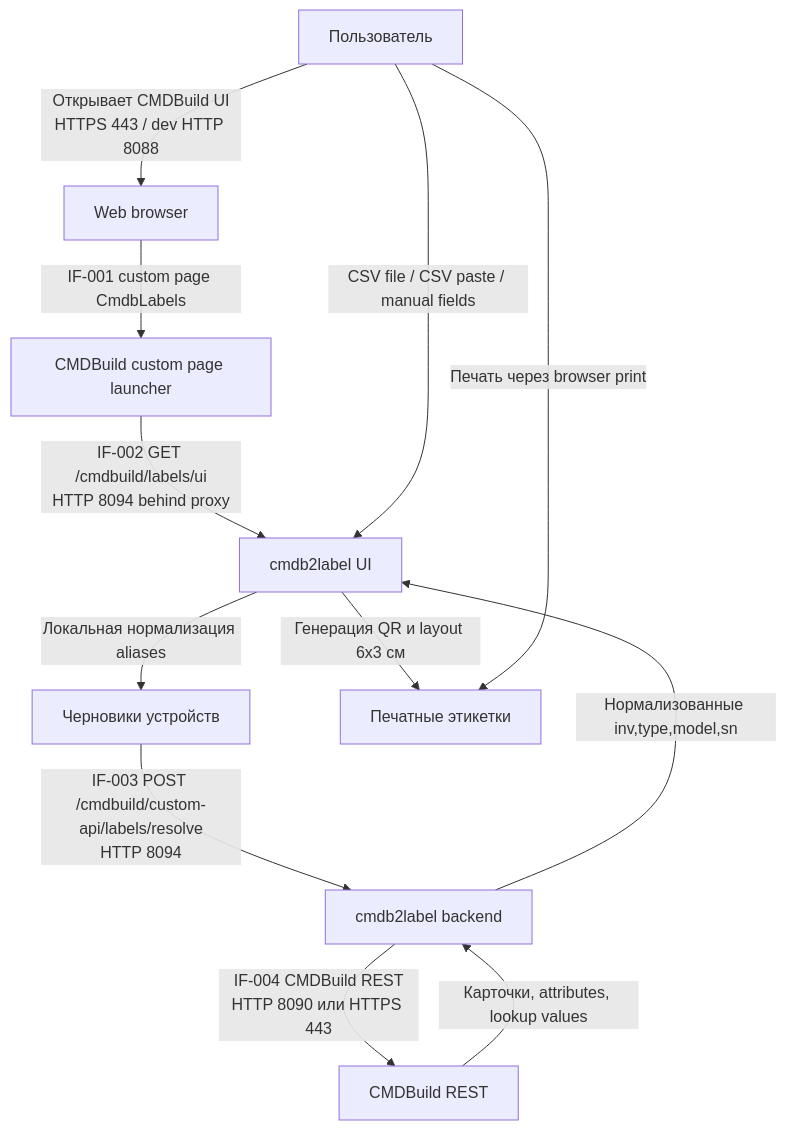
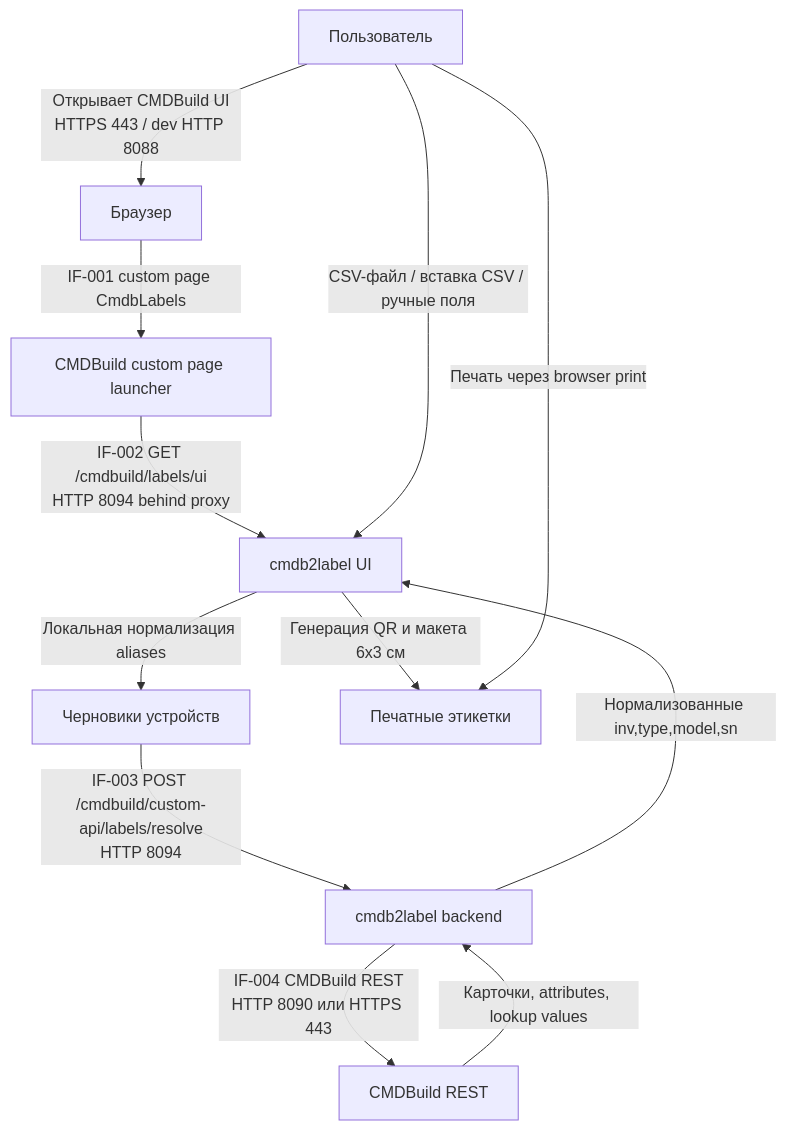
Before and after one commit to igorlyapin-max/cmdb2label: the diagram in aa/business-processes.md, drawn with Mermaid. The commit also changed other lines of this file and 11 other files, not shown here.

Commit message:
docs(architecture): translate aa artifacts to russian

````diff
--- a/aa/business-processes.md
+++ b/aa/business-processes.md
@@ -5,14 +5,14 @@
 ```mermaid
 flowchart TD
-  User[Пользователь] -->|Открывает CMDBuild UI<br/>HTTPS 443 / dev HTTP 8088| Browser[Web browser]
+  User[Пользователь] -->|Открывает CMDBuild UI<br/>HTTPS 443 / dev HTTP 8088| Browser[Браузер]
   Browser -->|IF-001 custom page CmdbLabels| Launcher[CMDBuild custom page launcher]
   Launcher -->|IF-002 GET /cmdbuild/labels/ui<br/>HTTP 8094 behind proxy| UI[cmdb2label UI]
-  User -->|CSV file / CSV paste / manual fields| UI
+  User -->|CSV-файл / вставка CSV / ручные поля| UI
   UI -->|Локальная нормализация aliases| Drafts[Черновики устройств]
   Drafts -->|IF-003 POST /cmdbuild/custom-api/labels/resolve<br/>HTTP 8094| Backend[cmdb2label backend]
   Backend -->|IF-004 CMDBuild REST<br/>HTTP 8090 или HTTPS 443| CMDBuild[CMDBuild REST]
   CMDBuild -->|Карточки, attributes, lookup values| Backend
   Backend -->|Нормализованные inv,type,model,sn| UI
-  UI -->|Генерация QR и layout 6x3 см| Labels[Печатные этикетки]
+  UI -->|Генерация QR и макета 6x3 см| Labels[Печатные этикетки]
   User -->|Печать через browser print| Labels
 ```
````
